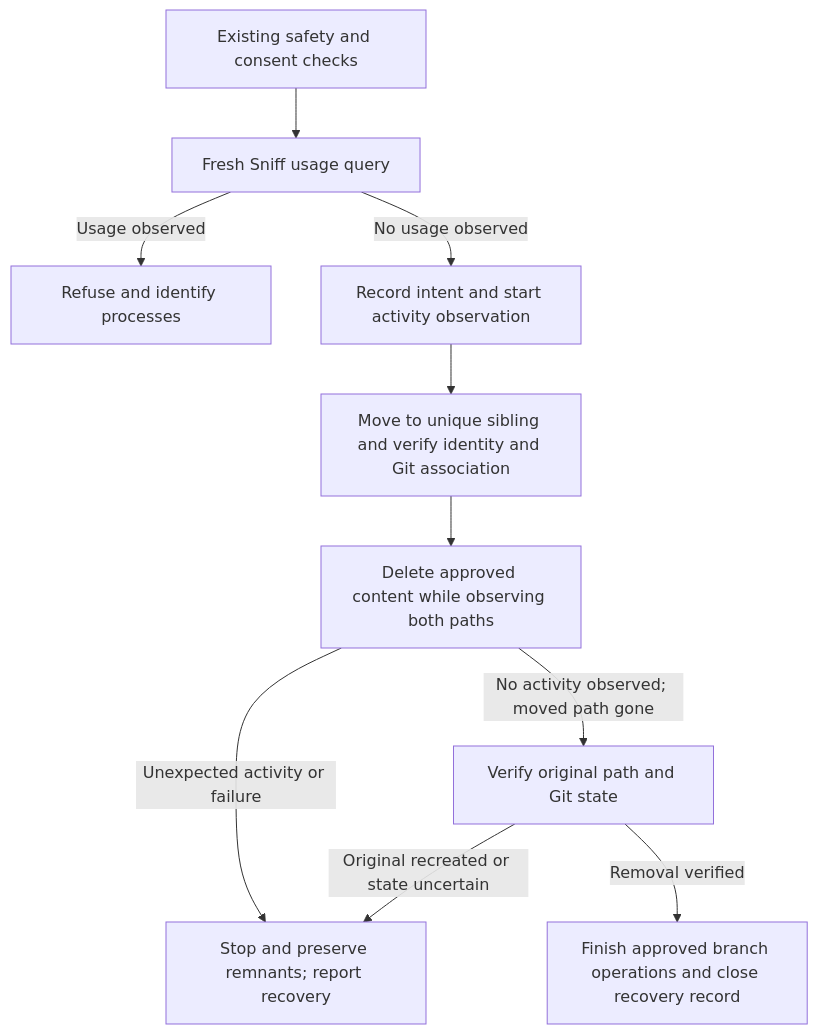
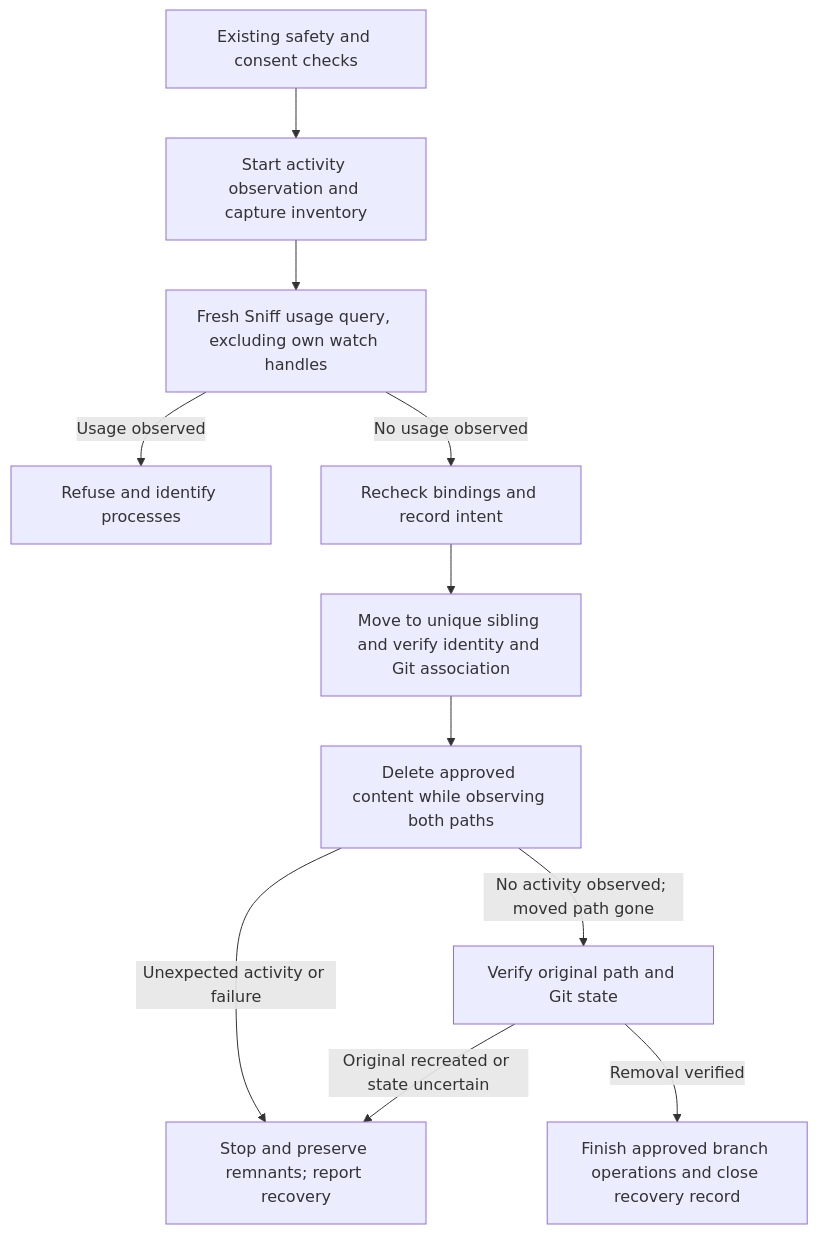
The diagram in worktree/fixes/2026-10-05-graceful-file-contention/spec.md (yankeeinlondon/rusty-biscuit), drawn with Mermaid before and after one commit. The commit also changed other lines of this file and 2 other files, not shown here.

First line of the commit message:
planning(worktree): record Phase 2 close for 2026-10-05-graceful-file-contention

````diff
--- a/worktree/fixes/2026-10-05-graceful-file-contention/spec.md
+++ b/worktree/fixes/2026-10-05-graceful-file-contention/spec.md
@@ -219,12 +228,13 @@
 ```mermaid
 flowchart TD
-    A[Existing safety and consent checks] --> B[Fresh Sniff usage query]
+    A[Existing safety and consent checks] --> O[Start activity observation and capture inventory]
+    O --> B[Fresh Sniff usage query, excluding own watch handles]
     B -->|Usage observed| C[Refuse and identify processes]
-    B -->|No usage observed| D[Record intent and start activity observation]
+    B -->|No usage observed| D[Recheck bindings and record intent]
     D --> E[Move to unique sibling and verify identity and Git association]
     E --> F[Delete approved content while observing both paths]
     F -->|Unexpected activity or failure| G[Stop and preserve remnants; report recovery]
     F -->|No activity observed; moved path gone| H[Verify original path and Git state]
     H -->|Original recreated or state uncertain| G
     H -->|Removal verified| I[Finish approved branch operations and close recovery record]
 ```
````
